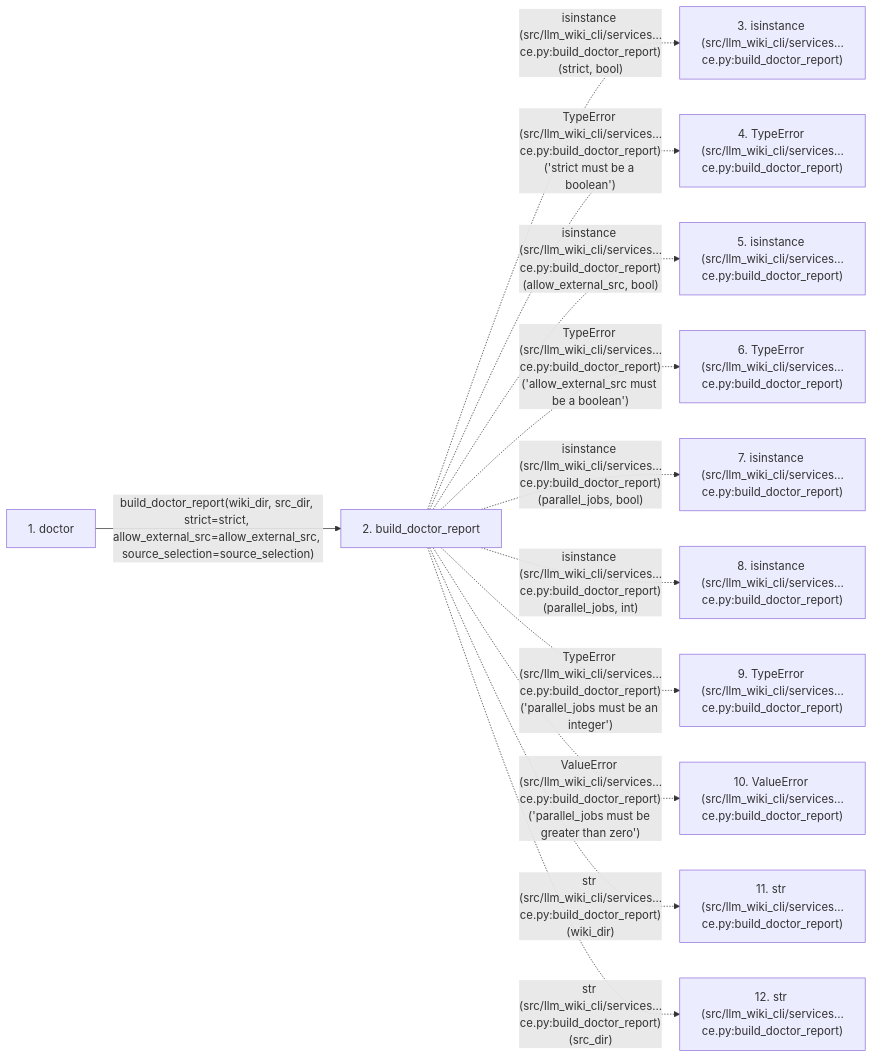
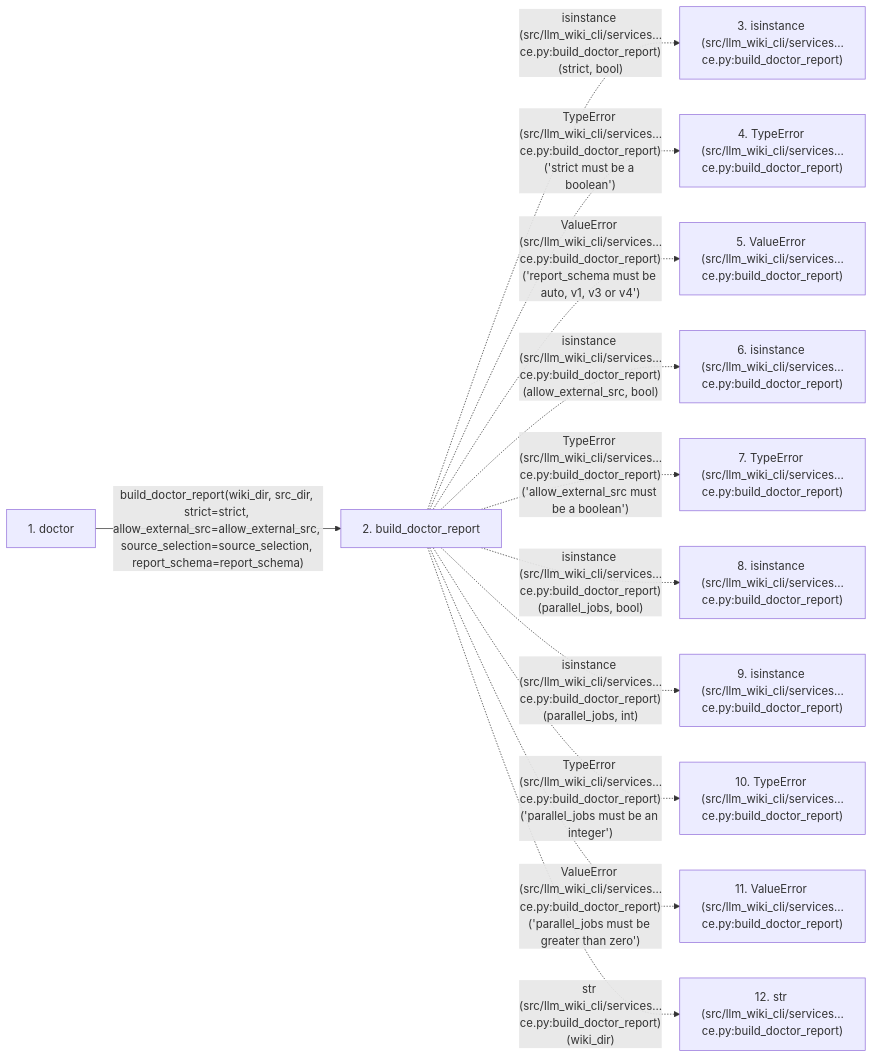
One commit to Denissvgn/python-wiki-llm changed the second of 2 diagrams in docs/llm_wiki/flows/api-doctor.md. Above: the diagram before and after it, drawn with Mermaid. The commit also changed other lines of this file and 727 other files, not shown here.

````diff
--- a/docs/llm_wiki/flows/api-doctor.md
+++ b/docs/llm_wiki/flows/api-doctor.md
@@ -114,28 +119,28 @@
 ```mermaid
 flowchart LR
     s1["1. doctor"]
     s2["2. build_doctor_report"]
     s3["3. isinstance (src/llm_wiki_cli/services…ce.py:build_doctor_report)"]
     s4["4. TypeError (src/llm_wiki_cli/services…ce.py:build_doctor_report)"]
-    s5["5. isinstance (src/llm_wiki_cli/services…ce.py:build_doctor_report)"]
-    s6["6. TypeError (src/llm_wiki_cli/services…ce.py:build_doctor_report)"]
-    s7["7. isinstance (src/llm_wiki_cli/services…ce.py:build_doctor_report)"]
+    s5["5. ValueError (src/llm_wiki_cli/services…ce.py:build_doctor_report)"]
+    s6["6. isinstance (src/llm_wiki_cli/services…ce.py:build_doctor_report)"]
+    s7["7. TypeError (src/llm_wiki_cli/services…ce.py:build_doctor_report)"]
     s8["8. isinstance (src/llm_wiki_cli/services…ce.py:build_doctor_report)"]
-    s9["9. TypeError (src/llm_wiki_cli/services…ce.py:build_doctor_report)"]
-    s10["10. ValueError (src/llm_wiki_cli/services…ce.py:build_doctor_report)"]
-    s11["11. str (src/llm_wiki_cli/services…ce.py:build_doctor_report)"]
+    s9["9. isinstance (src/llm_wiki_cli/services…ce.py:build_doctor_report)"]
+    s10["10. TypeError (src/llm_wiki_cli/services…ce.py:build_doctor_report)"]
+    s11["11. ValueError (src/llm_wiki_cli/services…ce.py:build_doctor_report)"]
     s12["12. str (src/llm_wiki_cli/services…ce.py:build_doctor_report)"]
-    s1 -->|"build_doctor_report(wiki_dir, src_dir, strict=strict, allow_external_src=allow_external_src, source_selection=source_selection)"| s2
+    s1 -->|"build_doctor_report(wiki_dir, src_dir, strict=strict, allow_external_src=allow_external_src, source_selection=source_selection, report_schema=report_schema)"| s2
     s2 -. "isinstance (src/llm_wiki_cli/services…ce.py:build_doctor_report)(strict, bool)" .-> s3
     s2 -. "TypeError (src/llm_wiki_cli/services…ce.py:build_doctor_report)('strict must be a boolean')" .-> s4
-    s2 -. "isinstance (src/llm_wiki_cli/services…ce.py:build_doctor_report)(allow_external_src, bool)" .-> s5
-    s2 -. "TypeError (src/llm_wiki_cli/services…ce.py:build_doctor_report)('allow_external_src must be a boolean')" .-> s6
-    s2 -. "isinstance (src/llm_wiki_cli/services…ce.py:build_doctor_report)(parallel_jobs, bool)" .-> s7
-    s2 -. "isinstance (src/llm_wiki_cli/services…ce.py:build_doctor_report)(parallel_jobs, int)" .-> s8
-    s2 -. "TypeError (src/llm_wiki_cli/services…ce.py:build_doctor_report)('parallel_jobs must be an integer')" .-> s9
-    s2 -. "ValueError (src/llm_wiki_cli/services…ce.py:build_doctor_report)('parallel_jobs must be greater than zero')" .-> s10
-    s2 -. "str (src/llm_wiki_cli/services…ce.py:build_doctor_report)(wiki_dir)" .-> s11
-    s2 -. "str (src/llm_wiki_cli/services…ce.py:build_doctor_report)(src_dir)" .-> s12
+    s2 -. "ValueError (src/llm_wiki_cli/services…ce.py:build_doctor_report)('report_schema must be auto, v1, v3 or v4')" .-> s5
+    s2 -. "isinstance (src/llm_wiki_cli/services…ce.py:build_doctor_report)(allow_external_src, bool)" .-> s6
+    s2 -. "TypeError (src/llm_wiki_cli/services…ce.py:build_doctor_report)('allow_external_src must be a boolean')" .-> s7
+    s2 -. "isinstance (src/llm_wiki_cli/services…ce.py:build_doctor_report)(parallel_jobs, bool)" .-> s8
+    s2 -. "isinstance (src/llm_wiki_cli/services…ce.py:build_doctor_report)(parallel_jobs, int)" .-> s9
+    s2 -. "TypeError (src/llm_wiki_cli/services…ce.py:build_doctor_report)('parallel_jobs must be an integer')" .-> s10
+    s2 -. "ValueError (src/llm_wiki_cli/services…ce.py:build_doctor_report)('parallel_jobs must be greater than zero')" .-> s11
+    s2 -. "str (src/llm_wiki_cli/services…ce.py:build_doctor_report)(wiki_dir)" .-> s12
     click s1 "../modules/api.md"
     click s2 "../modules/doctor_service.md"
 ```
````
